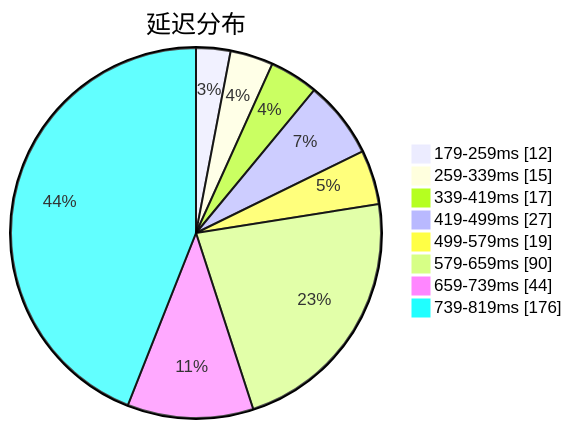
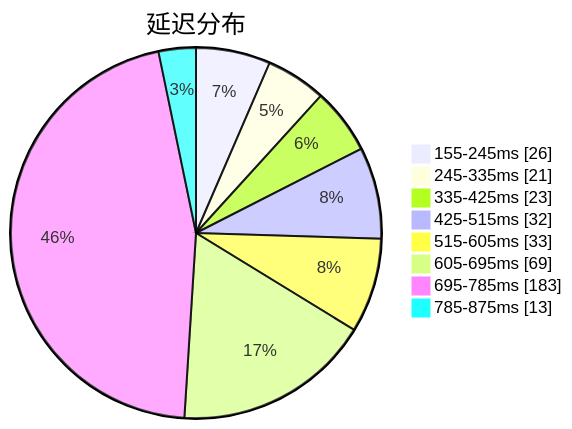
One commit to qjlxg/airport changed the first of 3 diagrams in subs/statistics/tested_within.md. Above: the diagram before and after it, drawn with Mermaid. The commit also changed other lines of this file and 2 other files, not shown here.

````diff
--- a/subs/statistics/tested_within.md
+++ b/subs/statistics/tested_within.md
@@ -2,12 +2,12 @@
 ```mermaid
 pie showData
 title 延迟分布
-"179-259ms" : 12
-"259-339ms" : 15
-"339-419ms" : 17
-"419-499ms" : 27
-"499-579ms" : 19
-"579-659ms" : 90
-"659-739ms" : 44
-"739-819ms" : 176
+"155-245ms" : 26
+"245-335ms" : 21
+"335-425ms" : 23
+"425-515ms" : 32
+"515-605ms" : 33
+"605-695ms" : 69
+"695-785ms" : 183
+"785-875ms" : 13
 ```
````
